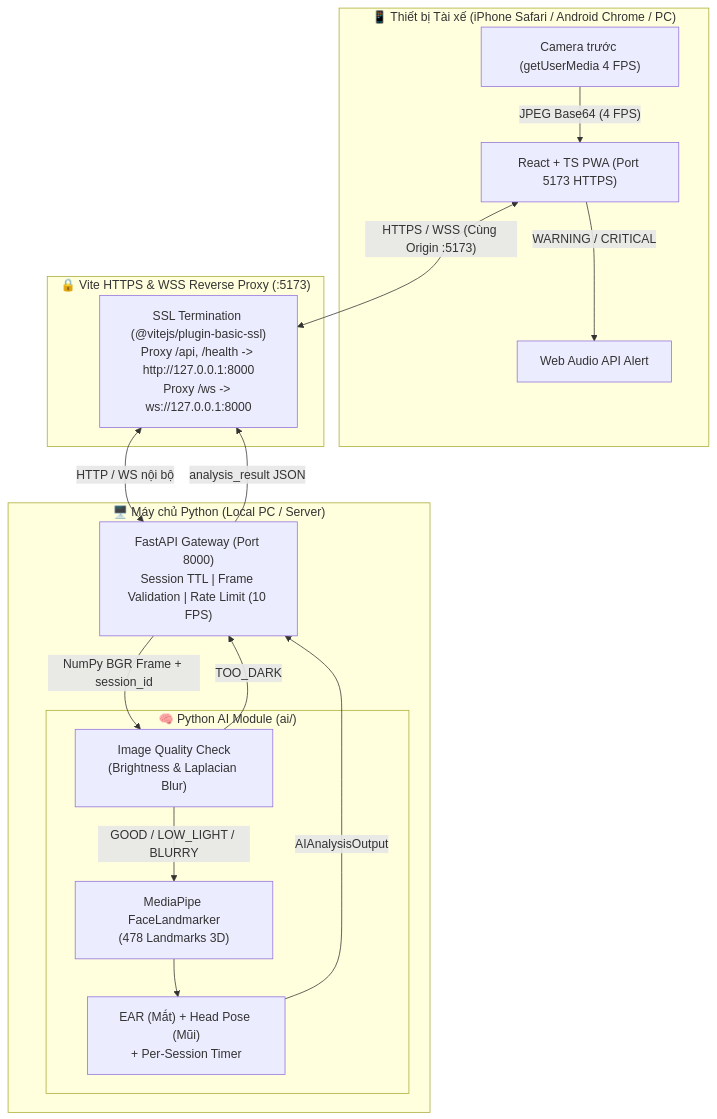
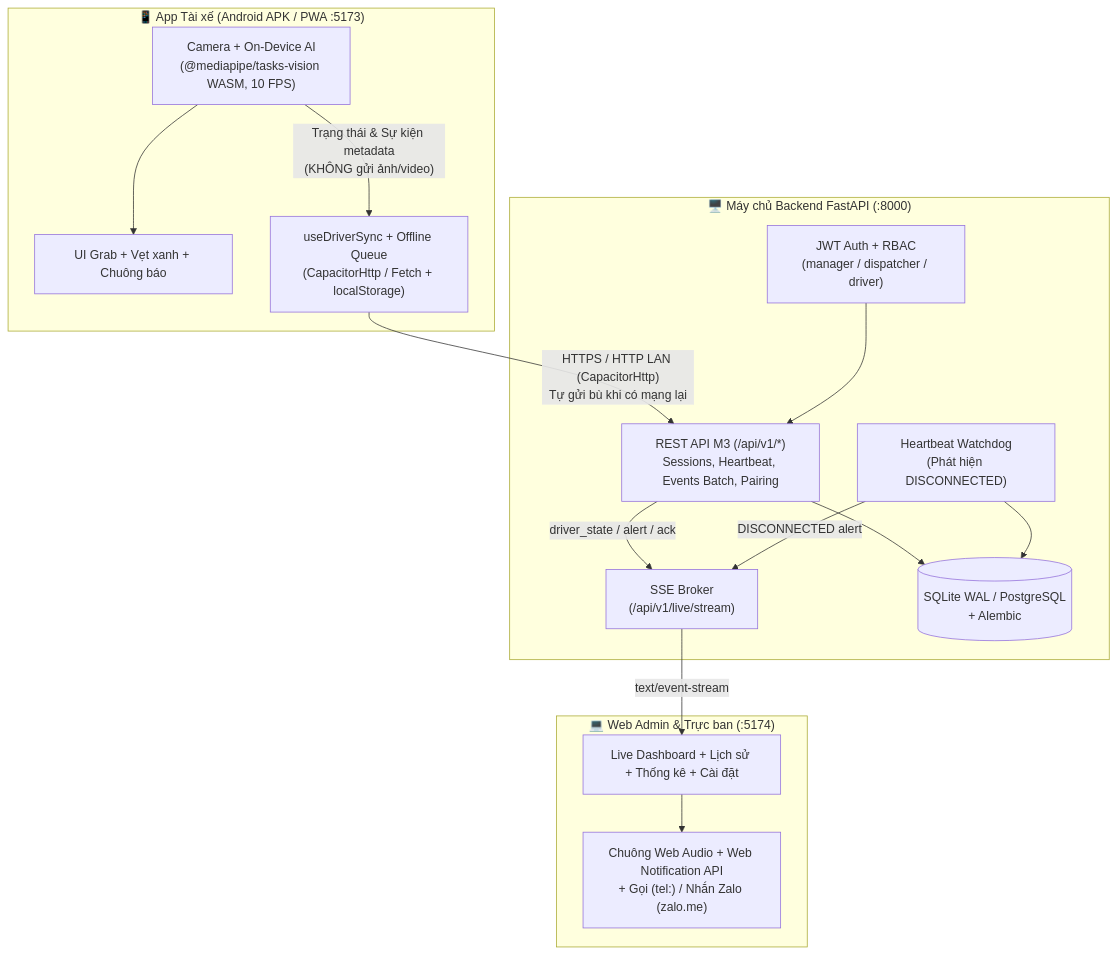
The diagram in PROJECT_CONTEXT.md (AlexTh4i/predrive-ai), drawn with Mermaid before and after one commit. The commit also changed other lines of this file and 26 other files, not shown here.

Commit message:
Complete M3 fullstack integration (Driver App sync/offline queue, Admin Web actions & notifications)

````diff
--- a/PROJECT_CONTEXT.md
+++ b/PROJECT_CONTEXT.md
@@ -91,32 +111,32 @@
 ```mermaid
 flowchart TD
-    subgraph Client ["📱 Thiết bị Tài xế (iPhone Safari / Android Chrome / PC)"]
-        UI["React + TS PWA (Port 5173 HTTPS)"]
-        Cam["Camera trước (getUserMedia 4 FPS)"]
-        Audio["Web Audio API Alert"]
+    subgraph DriverApp ["📱 App Tài xế (Android APK / PWA :5173)"]
+        Cam["Camera + On-Device AI\n(@mediapipe/tasks-vision WASM, 10 FPS)"]
+        Parrot["UI Grab + Vẹt xanh + Chuông báo"]
+        Sync["useDriverSync + Offline Queue\n(CapacitorHttp / Fetch + localStorage)"]
     end
 
-    subgraph ViteProxy ["🔒 Vite HTTPS & WSS Reverse Proxy (:5173)"]
-        Proxy["SSL Termination (@vitejs/plugin-basic-ssl)\nProxy /api, /health -> http://127.0.0.1:8000\nProxy /ws -> ws://127.0.0.1:8000"]
+    subgraph Server ["🖥️ Máy chủ Backend FastAPI (:8000)"]
+        Auth["JWT Auth + RBAC\n(manager / dispatcher / driver)"]
+        API["REST API M3 (/api/v1/*)\nSessions, Heartbeat, Events Batch, Pairing"]
+        Watchdog["Heartbeat Watchdog\n(Phát hiện DISCONNECTED)"]
+        SSE["SSE Broker\n(/api/v1/live/stream)"]
+        DB[("SQLite WAL / PostgreSQL\n+ Alembic")]
     end
 
-    subgraph Server ["🖥️ Máy chủ Python (Local PC / Server)"]
-        Gateway["FastAPI Gateway (Port 8000)\nSession TTL | Frame Validation | Rate Limit (10 FPS)"]
-        subgraph AIModule ["🧠 Python AI Module (ai/)"]
-            Qual["Image Quality Check\n(Brightness & Laplacian Blur)"]
-            MP["MediaPipe FaceLandmarker\n(478 Landmarks 3D)"]
-            Metrics["EAR (Mắt) + Head Pose (Mũi)\n+ Per-Session Timer"]
-        end
+    subgraph AdminWeb ["💻 Web Admin & Trực ban (:5174)"]
+        Dashboard["Live Dashboard + Lịch sử + Thống kê + Cài đặt"]
+        AlertUI["Chuông Web Audio + Web Notification API\n+ Gọi (tel:) / Nhắn Zalo (zalo.me)"]
     end
 
-    Cam -->|"JPEG Base64 (4 FPS)"| UI
-    UI <-->|"HTTPS / WSS (Cùng Origin :5173)"| Proxy
-    Proxy <-->|"HTTP / WS nội bộ"| Gateway
-    Gateway -->|"NumPy BGR Frame + session_id"| Qual
-    Qual -->|"GOOD / LOW_LIGHT / BLURRY"| MP
-    Qual -->|"TOO_DARK"| Gateway
-    MP --> Metrics
-    Metrics -->|"AIAnalysisOutput"| Gateway
-    Gateway -->|"analysis_result JSON"| Proxy
-    UI -->|"WARNING / CRITICAL"| Audio
+    Cam --> Parrot
+    Cam -->|"Trạng thái & Sự kiện metadata\n(KHÔNG gửi ảnh/video)"| Sync
+    Sync -->|"HTTPS / HTTP LAN (CapacitorHttp)\nTự gửi bù khi có mạng lại"| API
+    Auth --> API
+    API --> DB
+    Watchdog --> DB
+    API -->|"driver_state / alert / ack"| SSE
+    Watchdog -->|"DISCONNECTED alert"| SSE
+    SSE -->|"text/event-stream"| Dashboard
+    Dashboard --> AlertUI
 ```
````
